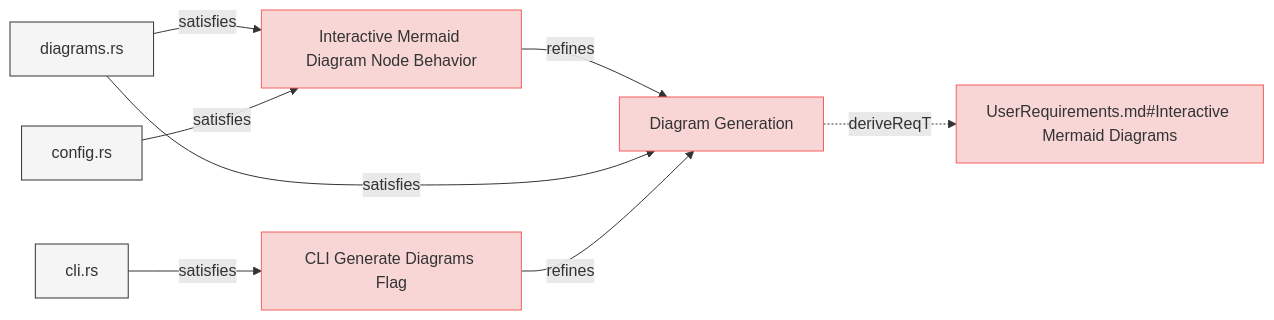
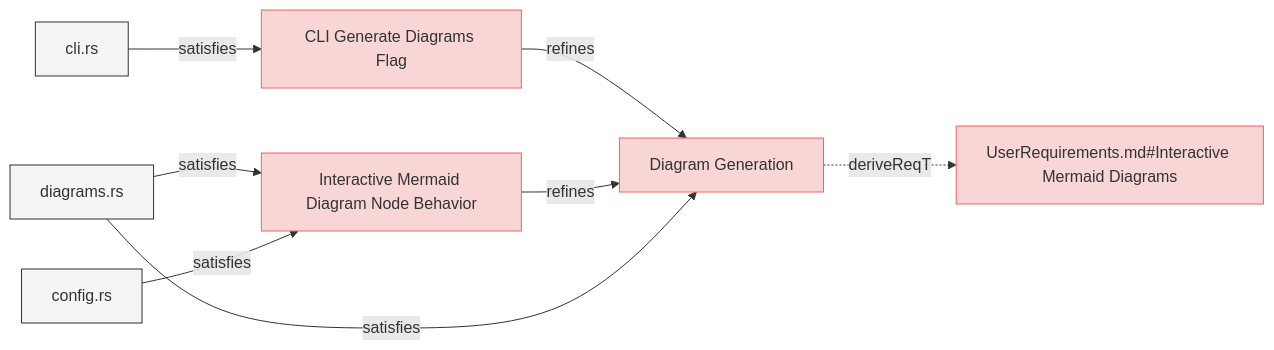
Before and after one commit to reqvire-org/reqvire: the eighth of 8 diagrams in specifications/SystemRequirements/Requirements.md, drawn with Mermaid. The commit also changed other lines of this file and 44 other files, not shown here.

Commit message:
Diagrams bug fixes. Test improvements.

````diff
--- a/specifications/SystemRequirements/Requirements.md
+++ b/specifications/SystemRequirements/Requirements.md
@@ -1241,37 +1310,40 @@
 ```mermaid
 graph LR;
   %% Graph styling
   classDef requirement fill:#f9d6d6,stroke:#f55f5f,stroke-width:1px;
   classDef verification fill:#d6f9d6,stroke:#5fd75f,stroke-width:1px;
   classDef externalLink fill:#d0e0ff,stroke:#3080ff,stroke-width:1px;
   classDef default fill:#f5f5f5,stroke:#333333,stroke-width:1px;
 
-  8fc99a6457ac5a6b["Interactive Mermaid Diagram Node Behavior"];
-  click 8fc99a6457ac5a6b "specifications/SystemRequirements/Requirements.md#interactive-mermaid-diagram-node-behavior#interactive-mermaid-diagram-node-behavior";
-  class 8fc99a6457ac5a6b requirement;
+  7223dec8fe51900f["CLI Generate Diagrams Flag"];
+  class 7223dec8fe51900f requirement;
+  click 7223dec8fe51900f "Requirements.md#cli-generate-diagrams-flag";
   e9aee7d9477f4abe["Diagram Generation"];
   class e9aee7d9477f4abe requirement;
-  click e9aee7d9477f4abe "specifications/SystemRequirements/Requirements.md#diagram-generation#diagram-generation";
+  click e9aee7d9477f4abe "Requirements.md#diagram-generation";
+  7223dec8fe51900f -->|refines| e9aee7d9477f4abe;
+  80defdd4cbc7ee18["cli.rs"];
+  class 80defdd4cbc7ee18 default;
+  click 80defdd4cbc7ee18 "../../cli/src/cli.rs";
+  80defdd4cbc7ee18 -->|satisfies| 7223dec8fe51900f;
+  8fc99a6457ac5a6b["Interactive Mermaid Diagram Node Behavior"];
+  class 8fc99a6457ac5a6b requirement;
+  click 8fc99a6457ac5a6b "Requirements.md#interactive-mermaid-diagram-node-behavior";
   8fc99a6457ac5a6b -->|refines| e9aee7d9477f4abe;
   dad7eeb932afdb92["diagrams.rs"];
   class dad7eeb932afdb92 default;
-  click dad7eeb932afdb92 "core/src/diagrams.rs";
+  click dad7eeb932afdb92 "../../core/src/diagrams.rs";
   dad7eeb932afdb92 -->|satisfies| 8fc99a6457ac5a6b;
   8419dcc77d92b609["config.rs"];
   class 8419dcc77d92b609 default;
-  click 8419dcc77d92b609 "cli/src/config.rs";
+  click 8419dcc77d92b609 "../../cli/src/config.rs";
   8419dcc77d92b609 -->|satisfies| 8fc99a6457ac5a6b;
   eedf6d6d3d2354d9["UserRequirements.md#Interactive Mermaid Diagrams"];
   class eedf6d6d3d2354d9 requirement;
-  click eedf6d6d3d2354d9 "specifications/UserRequirements.md#interactive-mermaid-diagrams#interactive-mermaid-diagrams";
+  click eedf6d6d3d2354d9 "../UserRequirements.md#interactive-mermaid-diagrams";
   e9aee7d9477f4abe -.->|deriveReqT| eedf6d6d3d2354d9;
+  dad7eeb932afdb92["diagrams.rs"];
+  class dad7eeb932afdb92 default;
+  click dad7eeb932afdb92 "../../core/src/diagrams.rs";
   dad7eeb932afdb92 -->|satisfies| e9aee7d9477f4abe;
-  7223dec8fe51900f["CLI Generate Diagrams Flag"];
-  click 7223dec8fe51900f "specifications/SystemRequirements/Requirements.md#cli-generate-diagrams-flag#cli-generate-diagrams-flag";
-  class 7223dec8fe51900f requirement;
-  7223dec8fe51900f -->|refines| e9aee7d9477f4abe;
-  80defdd4cbc7ee18["cli.rs"];
-  class 80defdd4cbc7ee18 default;
-  click 80defdd4cbc7ee18 "cli/src/cli.rs";
-  80defdd4cbc7ee18 -->|satisfies| 7223dec8fe51900f;
 ```
````
